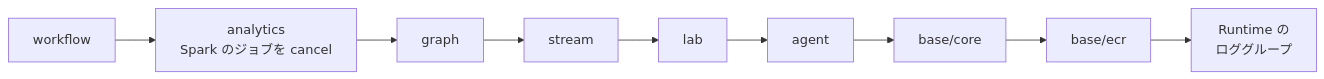
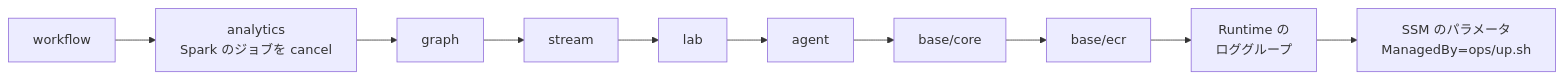
One commit to eddie-eights/cf-netops-sandbox changed the diagram in docs/deploy.md. Above: the diagram before and after it, drawn with Mermaid. The commit also changed other lines of this file and 73 other files, not shown here.

````diff
--- a/docs/deploy.md
+++ b/docs/deploy.md
@@ -67,4 +71,4 @@
 ```mermaid
 flowchart LR
-  A["workflow"] --> B["analytics<br/>Spark のジョブを cancel"] --> C["graph"] --> D["stream"] --> E["lab"] --> F["agent"] --> G["base/core"] --> H["base/ecr"] --> I["Runtime の<br/>ロググループ"]
+  A["workflow"] --> B["analytics<br/>Spark のジョブを cancel"] --> C["graph"] --> D["stream"] --> E["lab"] --> F["agent"] --> G["base/core"] --> H["base/ecr"] --> I["Runtime の<br/>ロググループ"] --> J["SSM のパラメータ<br/>ManagedBy=ops/up.sh"]
 ```
````
